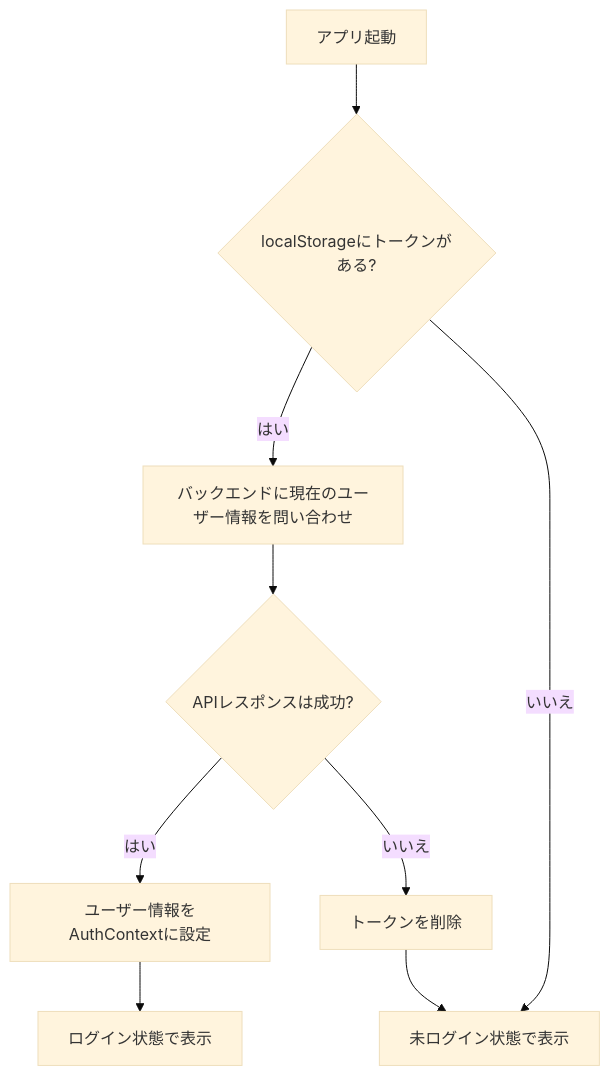
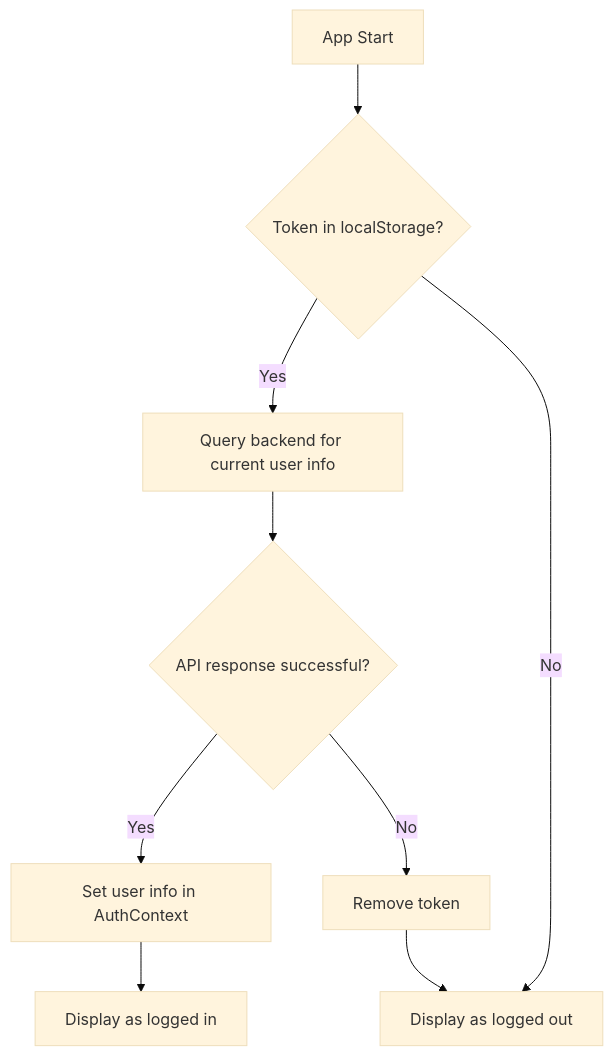
The fourth of 4 diagrams in docs/references/002_authentication_flow.md (tomooshima0828/portfolio-next-rails-ecsite), drawn with Mermaid (base theme) before and after one commit. The commit also changed other lines of this file, not shown here.

Commit message:
fix: Update login authenticate flow document

````diff
--- a/docs/references/002_authentication_flow.md
+++ b/docs/references/002_authentication_flow.md
@@ -75,11 +77,11 @@
 ```mermaid
 flowchart TD
-    A[アプリ起動] --> B{localStorageにトークンがある?}
-    B -->|はい| C[バックエンドに現在のユーザー情報を問い合わせ]
-    B -->|いいえ| D[未ログイン状態で表示]
-    C --> E{APIレスポンスは成功?}
-    E -->|はい| F[ユーザー情報をAuthContextに設定]
-    E -->|いいえ| G[トークンを削除]
-    F --> H[ログイン状態で表示]
-    G --> D
+    A[App Start] --> B{Token in localStorage?};
+    B -->|Yes| C[Query backend for current user info];
+    B -->|No| D[Display as logged out];
+    C --> E{API response successful?};
+    E -->|Yes| F[Set user info in AuthContext];
+    E -->|No| G[Remove token];
+    F --> H[Display as logged in];
+    G --> D;
 ```
````
